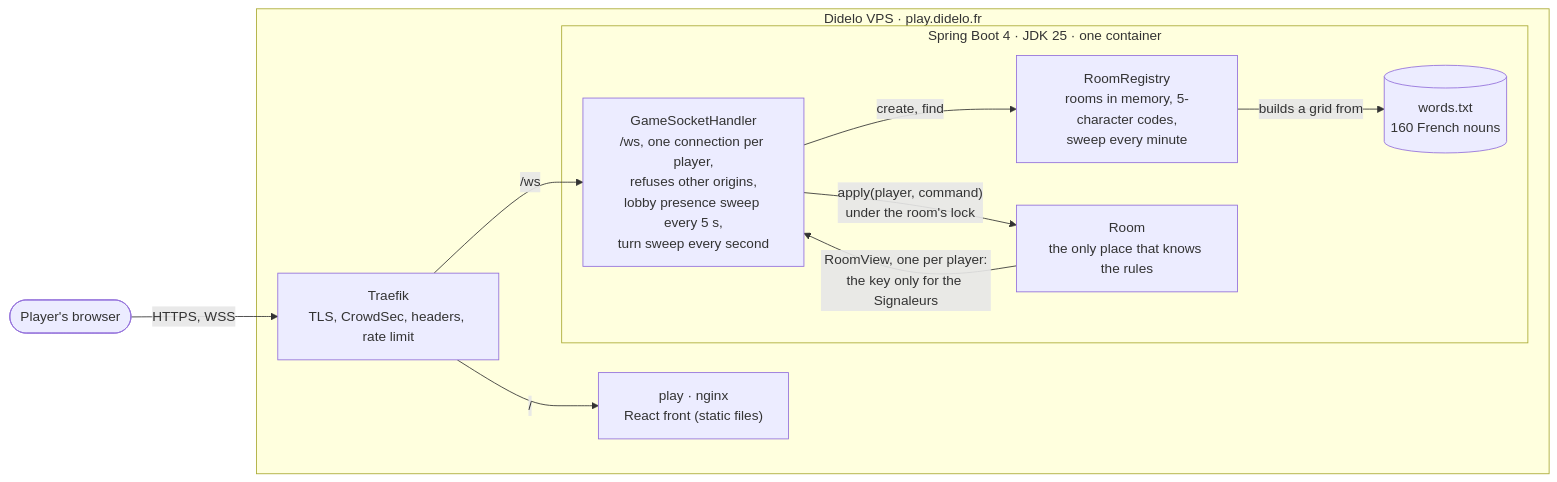
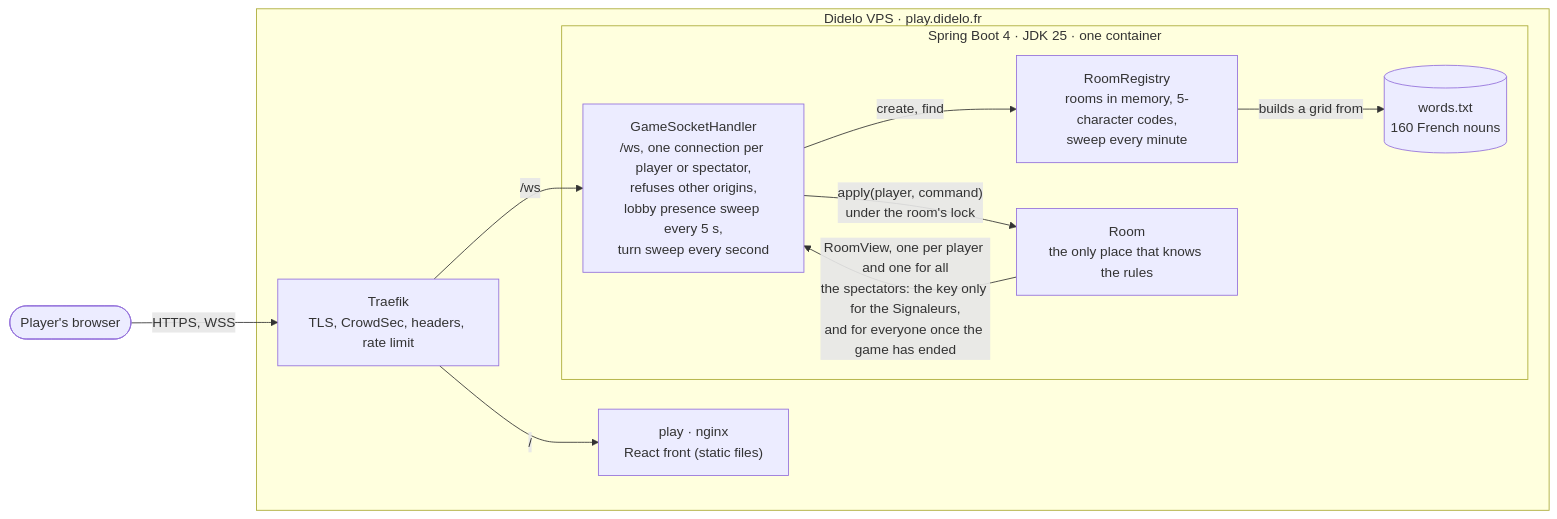
Before and after one commit to Didelo-lilian/semaphore: the first of 3 diagrams in README.md, drawn with Mermaid. The commit also changed other lines of this file and 27 other files, not shown here.

````diff
--- a/README.md
+++ b/README.md
@@ -54,23 +54,23 @@
 ```mermaid
 flowchart LR
   player([Player's browser])
 
   subgraph vps["Didelo VPS · play.didelo.fr"]
     traefik["Traefik<br/>TLS, CrowdSec, headers, rate limit"]
     front["play · nginx<br/>React front (static files)"]
     subgraph app["Spring Boot 4 · JDK 25 · one container"]
-      handler["GameSocketHandler<br/>/ws, one connection per player,<br/>refuses other origins,<br/>lobby presence sweep every 5 s,<br/>turn sweep every second"]
+      handler["GameSocketHandler<br/>/ws, one connection per player or spectator,<br/>refuses other origins,<br/>lobby presence sweep every 5 s,<br/>turn sweep every second"]
       registry["RoomRegistry<br/>rooms in memory, 5-character codes,<br/>sweep every minute"]
       room["Room<br/>the only place that knows the rules"]
       words[("words.txt<br/>160 French nouns")]
     end
   end
 
   player -->|"HTTPS, WSS"| traefik
   traefik -->|"/"| front
   traefik -->|"/ws"| handler
   handler -->|"create, find"| registry
   registry -->|"builds a grid from"| words
   handler -->|"apply(player, command)<br/>under the room's lock"| room
-  room -->|"RoomView, one per player:<br/>the key only for the Signaleurs"| handler
+  room -->|"RoomView, one per player and one for all<br/>the spectators: the key only for the Signaleurs,<br/>and for everyone once the game has ended"| handler
 ```
````
